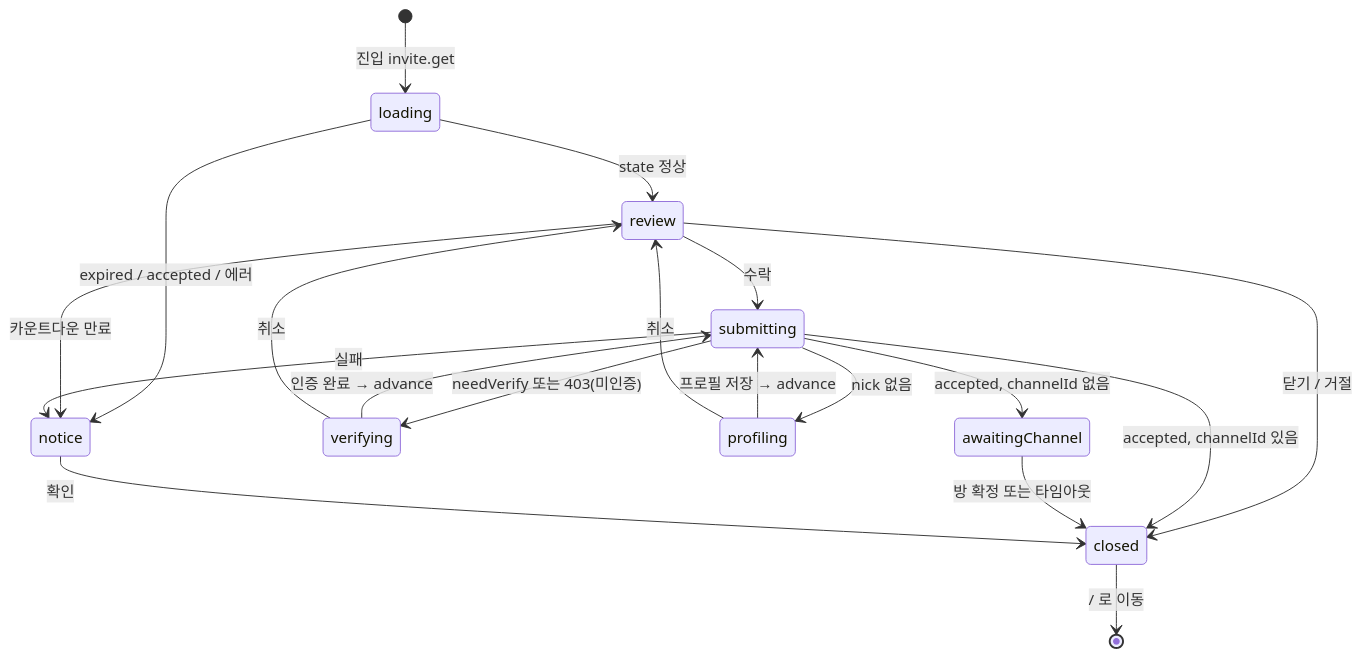
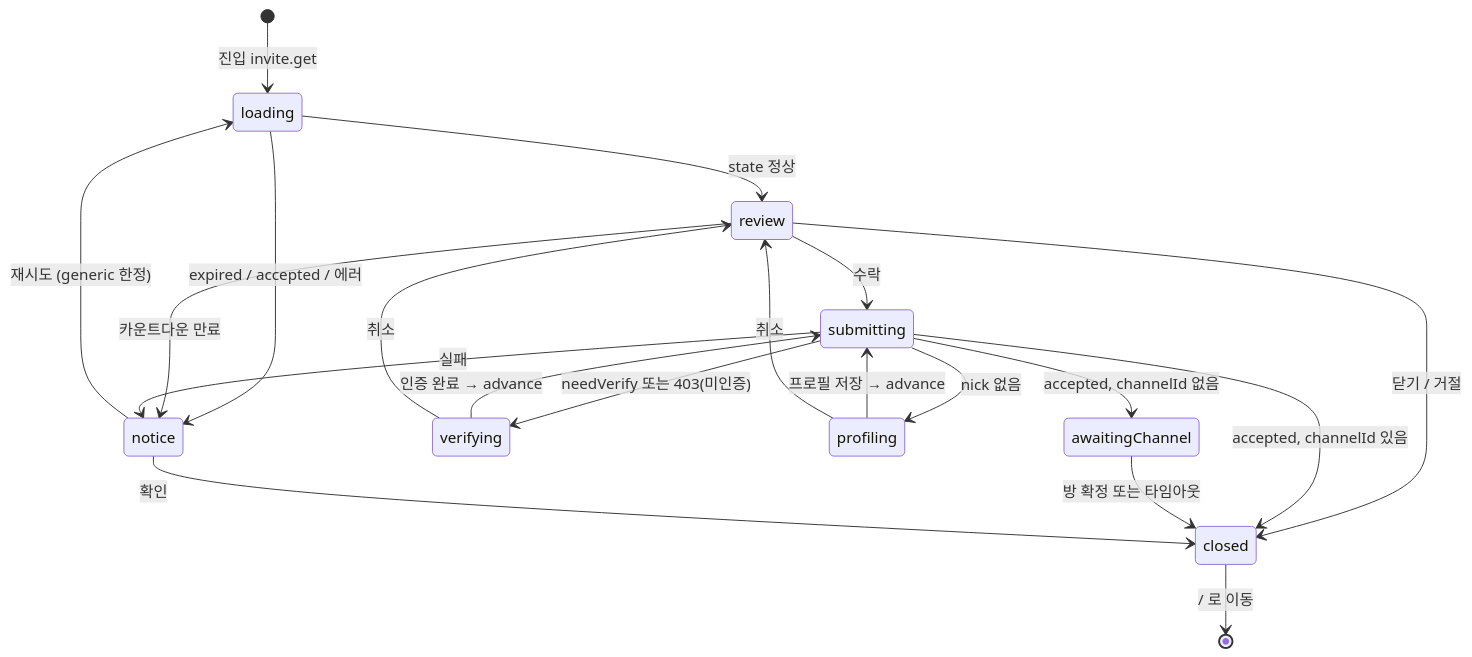
The third of 3 diagrams in docs/invite-accept-entry.md (lemoncloud-io/dou-app), drawn with Mermaid before and after one commit. The commit also changed other lines of this file and 1 other file, not shown here.

````diff
--- a/docs/invite-accept-entry.md
+++ b/docs/invite-accept-entry.md
@@ -141,25 +143,26 @@
 ```mermaid
 stateDiagram-v2
     [*] --> loading: 진입 invite.get
     loading --> review: state 정상
     loading --> notice: expired / accepted / 에러
 
     review --> submitting: 수락
     review --> notice: 카운트다운 만료
     review --> closed: 닫기 / 거절
 
     submitting --> verifying: needVerify 또는 403(미인증)
     submitting --> profiling: nick 없음
     submitting --> awaitingChannel: accepted, channelId 없음
     submitting --> closed: accepted, channelId 있음
     submitting --> notice: 실패
 
     verifying --> submitting: 인증 완료 → advance
     verifying --> review: 취소
     profiling --> submitting: 프로필 저장 → advance
     profiling --> review: 취소
 
     awaitingChannel --> closed: 방 확정 또는 타임아웃
     notice --> closed: 확인
+    notice --> loading: 재시도 (generic 한정)
     closed --> [*]: / 로 이동
 ```
````
